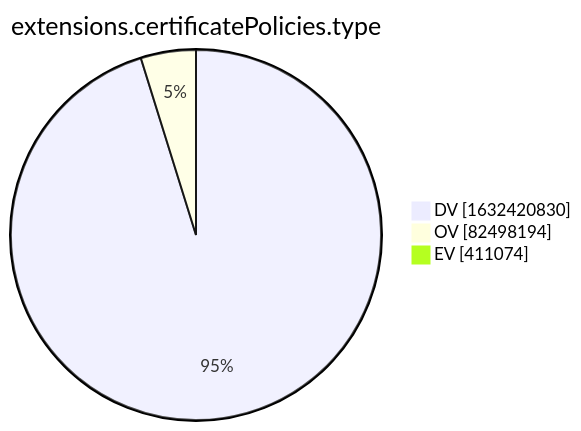
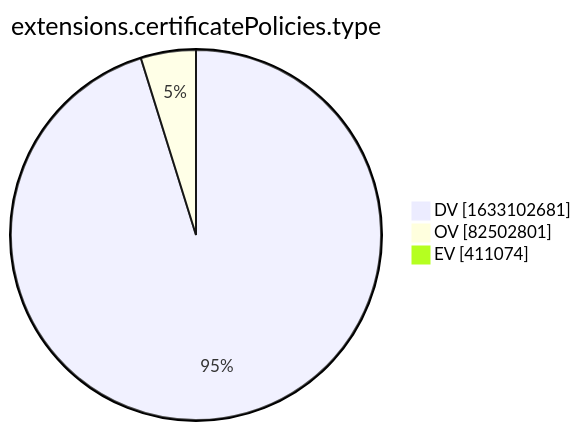
One commit to christiankrug/ctmonitor_visualization changed the tenth of 15 diagrams in xenon2022/README.md. Above: the diagram before and after it, drawn with Mermaid. The commit also changed other lines of this file, not shown here.

````diff
--- a/xenon2022/README.md
+++ b/xenon2022/README.md
@@ -2878,7 +2878,7 @@
 ```mermaid
 pie showData
 title extensions.certificatePolicies.type
-"DV" :1632420830
-"OV" :82498194
+"DV" :1633102681
+"OV" :82502801
 "EV" :411074
 ```
````
